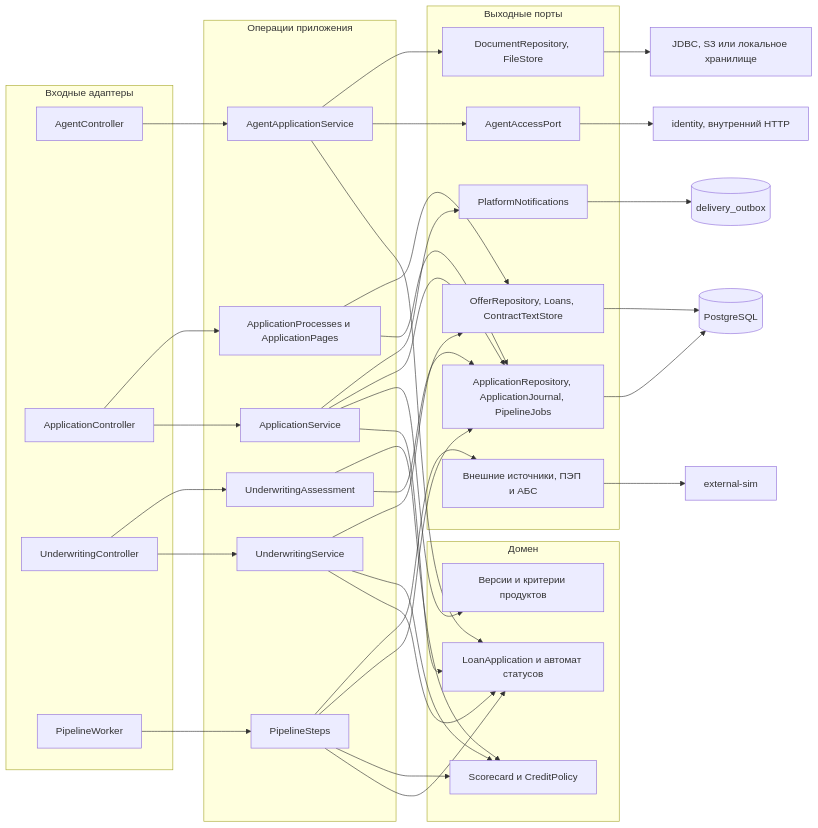
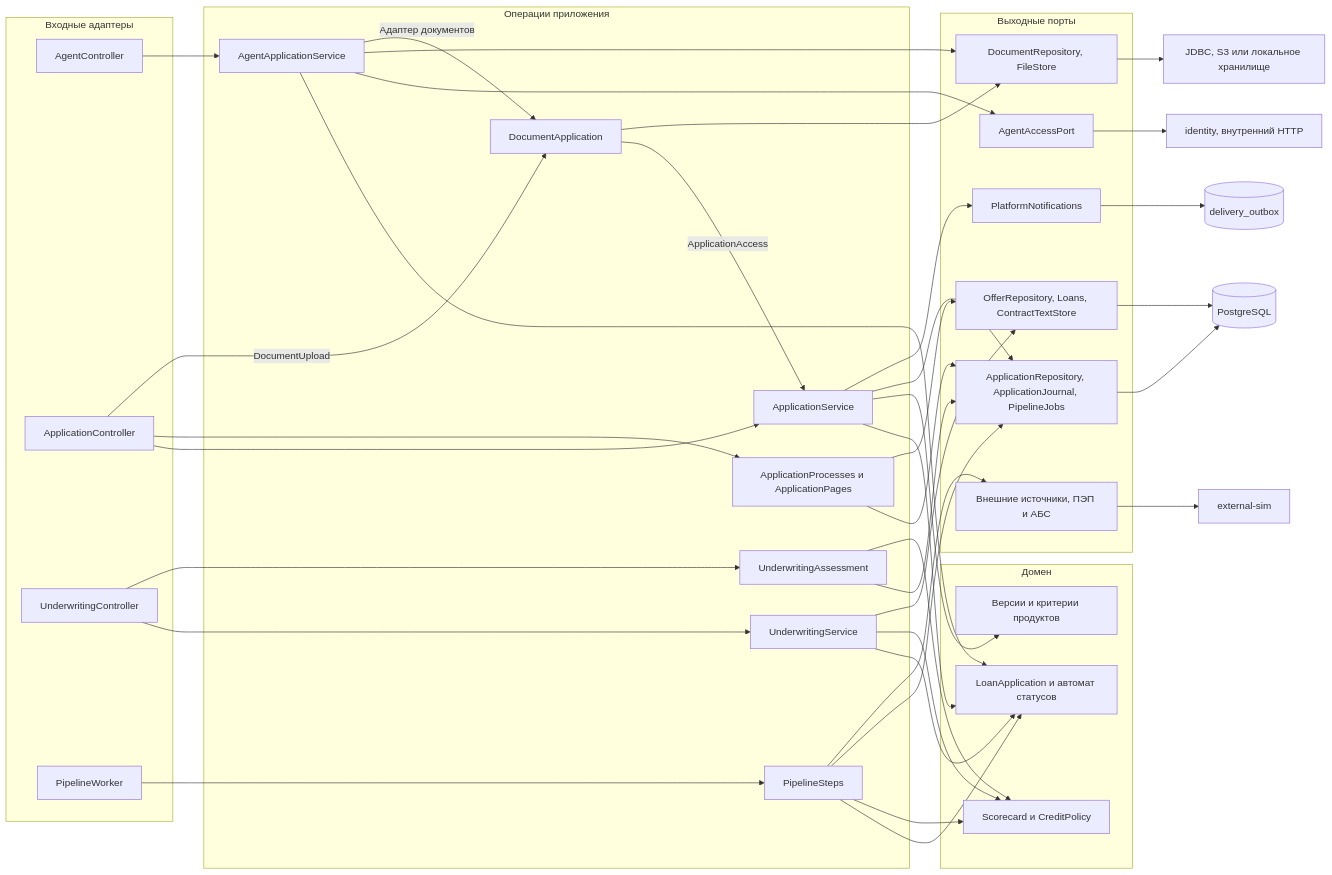
Before and after one commit to AndrewSkrypov/smart-credit-cabinet: the third of 4 diagrams in docs/c4-architecture.md, drawn with Mermaid. The commit also changed 4 other files, not shown here.

````diff
--- a/docs/c4-architecture.md
+++ b/docs/c4-architecture.md
@@ -68,46 +68,51 @@
 ```mermaid
 flowchart LR
   subgraph In["Входные адаптеры"]
     AgentHttp["AgentController"]
     ClientHttp["ApplicationController"]
     BankHttp["UnderwritingController"]
     Worker["PipelineWorker"]
   end
   subgraph Use["Операции приложения"]
     AgentUse["AgentApplicationService"]
     AppUse["ApplicationService"]
     AppRead["ApplicationProcesses и ApplicationPages"]
+    DocUse["DocumentApplication"]
     BankUse["UnderwritingService"]
     BankRead["UnderwritingAssessment"]
     Steps["PipelineSteps"]
   end
   subgraph Domain["Домен"]
     State["LoanApplication и автомат статусов"]
     Risk["Scorecard и CreditPolicy"]
     Product["Версии и критерии продуктов"]
   end
   subgraph Port["Выходные порты"]
     Store["ApplicationRepository, ApplicationJournal, PipelineJobs"]
     Mandate["AgentAccessPort"]
     Doc["DocumentRepository, FileStore"]
     Offers["OfferRepository, Loans, ContractTextStore"]
     Source["Внешние источники, ПЭП и АБС"]
     Notices["PlatformNotifications"]
   end
   AgentHttp --> AgentUse
   ClientHttp --> AppUse & AppRead
+  ClientHttp -->|DocumentUpload| DocUse
   BankHttp --> BankUse & BankRead
   Worker --> Steps
   AgentUse --> State & Mandate & Doc
+  AgentUse -->|Адаптер документов| DocUse
+  DocUse -->|ApplicationAccess| AppUse
+  DocUse --> Doc
   AppUse --> State & Product & Store & Notices
   AppRead --> Store & Offers
   BankUse --> State & Risk & Offers
   BankRead --> Store & Risk
   Steps --> State & Risk & Store & Source
   Store --> Postgres[(PostgreSQL)]
   Mandate --> Identity["identity, внутренний HTTP"]
   Doc --> Files["JDBC, S3 или локальное хранилище"]
   Offers --> Postgres
   Source --> Sim["external-sim"]
   Notices --> Outbox[(delivery_outbox)]
 ```
````
